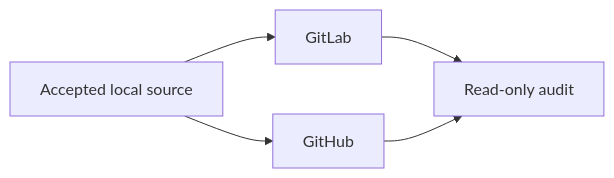
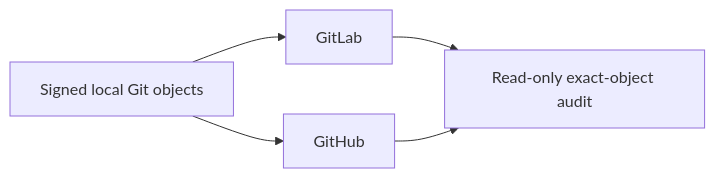
One commit to HengYangDS/codex-responses-proxy changed the diagram in docs/operations/forge-operations.md. Above: the diagram before and after it, drawn with Mermaid. The commit also changed other lines of this file and 31 other files, not shown here.

Commit message:
refactor(forge): publish exact local Git objects

````diff
--- a/docs/operations/forge-operations.md
+++ b/docs/operations/forge-operations.md
@@ -8,7 +8,7 @@
 ```mermaid
 flowchart LR
-    L["Accepted local source"] --> G["GitLab"]
-    L --> H["GitHub"]
-    G --> A["Read-only audit"]
-    H --> A
+    L["Signed local Git objects"] --> GL["GitLab"]
+    L --> GH["GitHub"]
+    GL --> A["Read-only exact-object audit"]
+    GH --> A
 ```
````
